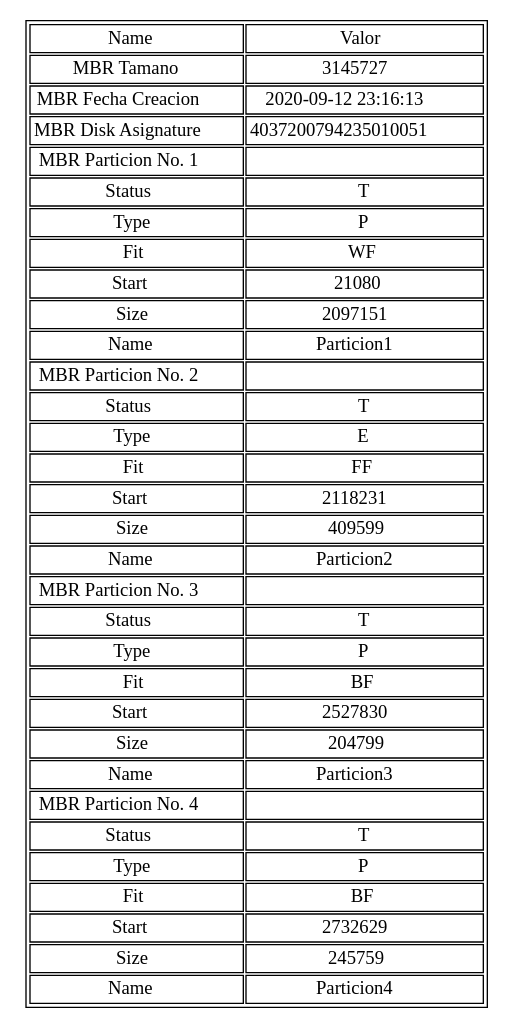
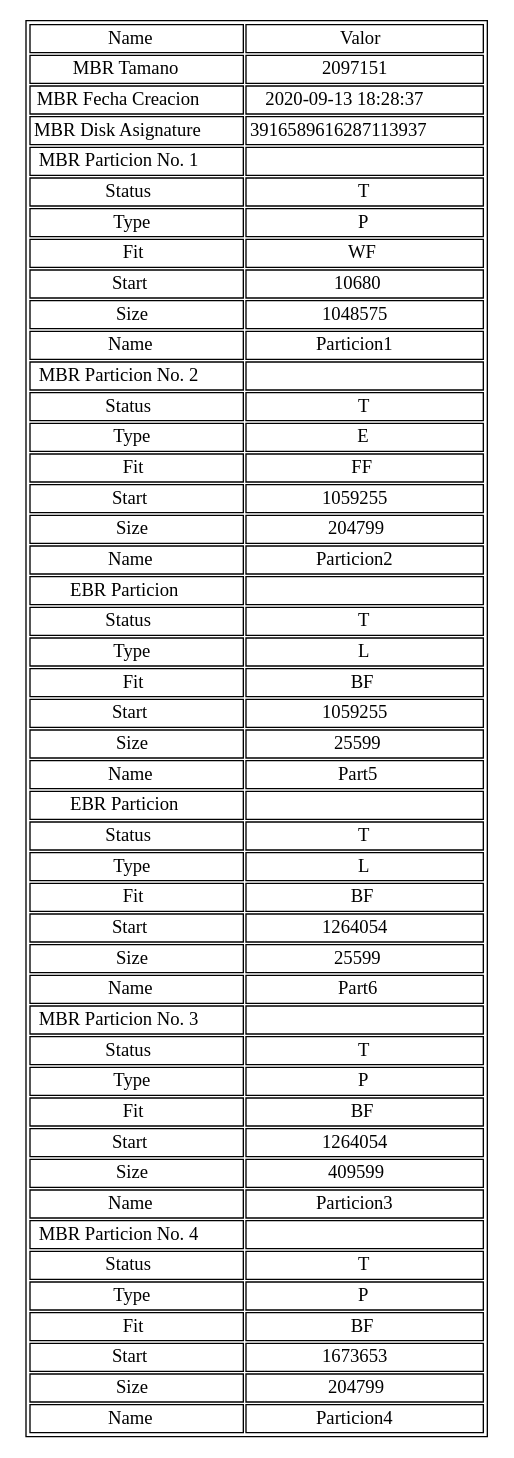
Before and after one commit to JoseMorente98/MIA-Proyecto-1: the diagram in Controlador/ReporteControlador/mbr.dot, drawn with Graphviz. The commit also changed 22 other files, not shown here.

```diff
--- a/Controlador/ReporteControlador/mbr.dot
+++ b/Controlador/ReporteControlador/mbr.dot
@@ -1,39 +1,53 @@
 digraph {
 tbl [ 
 shape=plaintext 
 label=<
 <table border='1' cellborder='1'>
 <tr><td>Name</td><td>Valor</td></tr>
-<tr><td>MBR Tamano</td><td>3145727</td></tr>
-<tr><td>MBR Fecha Creacion</td><td>2020-09-12 23:16:13</td></tr>
-<tr><td>MBR Disk Asignature</td><td>4037200794235010051</td></tr>
+<tr><td>MBR Tamano</td><td>2097151</td></tr>
+<tr><td>MBR Fecha Creacion</td><td>2020-09-13 18:28:37</td></tr>
+<tr><td>MBR Disk Asignature</td><td>3916589616287113937</td></tr>
 <tr><td>MBR Particion No. 1</td><td></td></tr>
 <tr><td>Status</td><td>T</td></tr>
 <tr><td>Type</td><td>P</td></tr>
 <tr><td>Fit</td><td>WF</td></tr>
-<tr><td>Start</td><td>21080</td></tr>
-<tr><td>Size</td><td>2097151</td></tr>
+<tr><td>Start</td><td>10680</td></tr>
+<tr><td>Size</td><td>1048575</td></tr>
 <tr><td>Name</td><td>Particion1</td></tr>
 <tr><td>MBR Particion No. 2</td><td></td></tr>
 <tr><td>Status</td><td>T</td></tr>
 <tr><td>Type</td><td>E</td></tr>
 <tr><td>Fit</td><td>FF</td></tr>
-<tr><td>Start</td><td>2118231</td></tr>
-<tr><td>Size</td><td>409599</td></tr>
+<tr><td>Start</td><td>1059255</td></tr>
+<tr><td>Size</td><td>204799</td></tr>
 <tr><td>Name</td><td>Particion2</td></tr>
+<tr><td>EBR Particion</td><td></td></tr>
+<tr><td>Status</td><td>T</td></tr>
+<tr><td>Type</td><td>L</td></tr>
+<tr><td>Fit</td><td>BF</td></tr>
+<tr><td>Start</td><td>1059255</td></tr>
+<tr><td>Size</td><td>25599</td></tr>
+<tr><td>Name</td><td>Part5</td></tr>
+<tr><td>EBR Particion</td><td></td></tr>
+<tr><td>Status</td><td>T</td></tr>
+<tr><td>Type</td><td>L</td></tr>
+<tr><td>Fit</td><td>BF</td></tr>
+<tr><td>Start</td><td>1264054</td></tr>
+<tr><td>Size</td><td>25599</td></tr>
+<tr><td>Name</td><td>Part6</td></tr>
 <tr><td>MBR Particion No. 3</td><td></td></tr>
 <tr><td>Status</td><td>T</td></tr>
 <tr><td>Type</td><td>P</td></tr>
 <tr><td>Fit</td><td>BF</td></tr>
-<tr><td>Start</td><td>2527830</td></tr>
-<tr><td>Size</td><td>204799</td></tr>
+<tr><td>Start</td><td>1264054</td></tr>
+<tr><td>Size</td><td>409599</td></tr>
 <tr><td>Name</td><td>Particion3</td></tr>
 <tr><td>MBR Particion No. 4</td><td></td></tr>
 <tr><td>Status</td><td>T</td></tr>
 <tr><td>Type</td><td>P</td></tr>
 <tr><td>Fit</td><td>BF</td></tr>
-<tr><td>Start</td><td>2732629</td></tr>
-<tr><td>Size</td><td>245759</td></tr>
+<tr><td>Start</td><td>1673653</td></tr>
+<tr><td>Size</td><td>204799</td></tr>
 <tr><td>Name</td><td>Particion4</td></tr>
 </table>
 >];}
```
